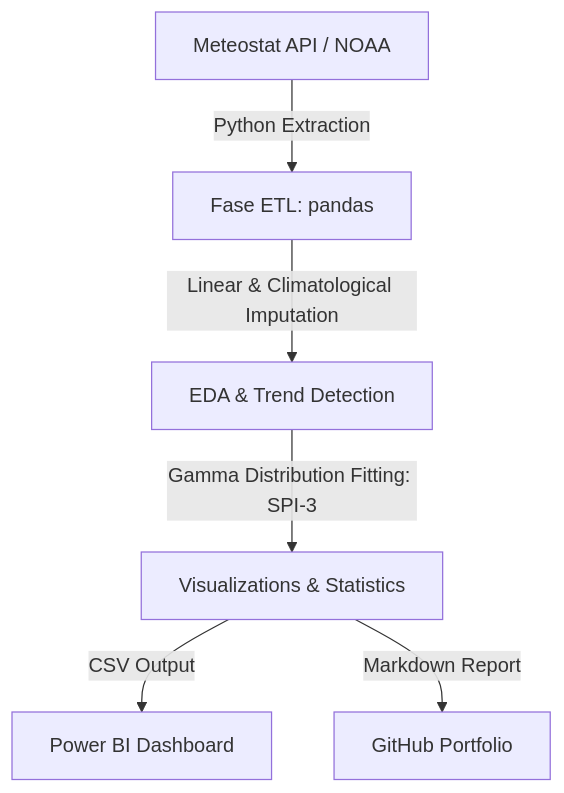
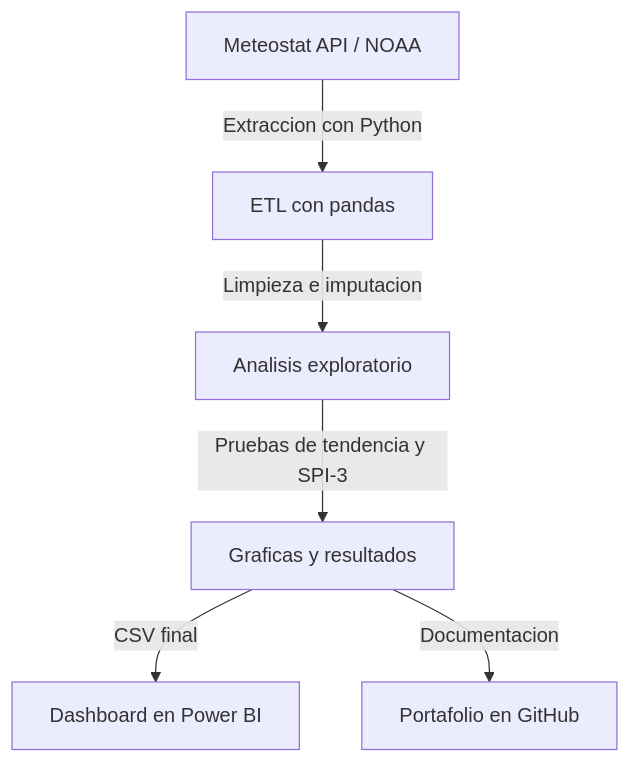
One commit to nospinapolania-maker/neiva-climate-irrigation-analysis changed the diagram in README.md. Above: the diagram before and after it, drawn with Mermaid. The commit also changed other lines of this file and 2 other files, not shown here.

````diff
--- a/README.md
+++ b/README.md
@@ -25,8 +28,8 @@
 ```mermaid
 graph TD
-    A[Meteostat API / NOAA] -->|Python Extraction| B[Fase ETL: pandas]
-    B -->|Linear & Climatological Imputation| C[EDA & Trend Detection]
-    C -->|Gamma Distribution Fitting: SPI-3| D[Visualizations & Statistics]
-    D -->|CSV Output| E[Power BI Dashboard]
-    D -->|Markdown Report| F[GitHub Portfolio]
+    A[Meteostat API / NOAA] -->|Extraccion con Python| B[ETL con pandas]
+    B -->|Limpieza e imputacion| C[Analisis exploratorio]
+    C -->|Pruebas de tendencia y SPI-3| D[Graficas y resultados]
+    D -->|CSV final| E[Dashboard en Power BI]
+    D -->|Documentacion| F[Portafolio en GitHub]
 ```
````
